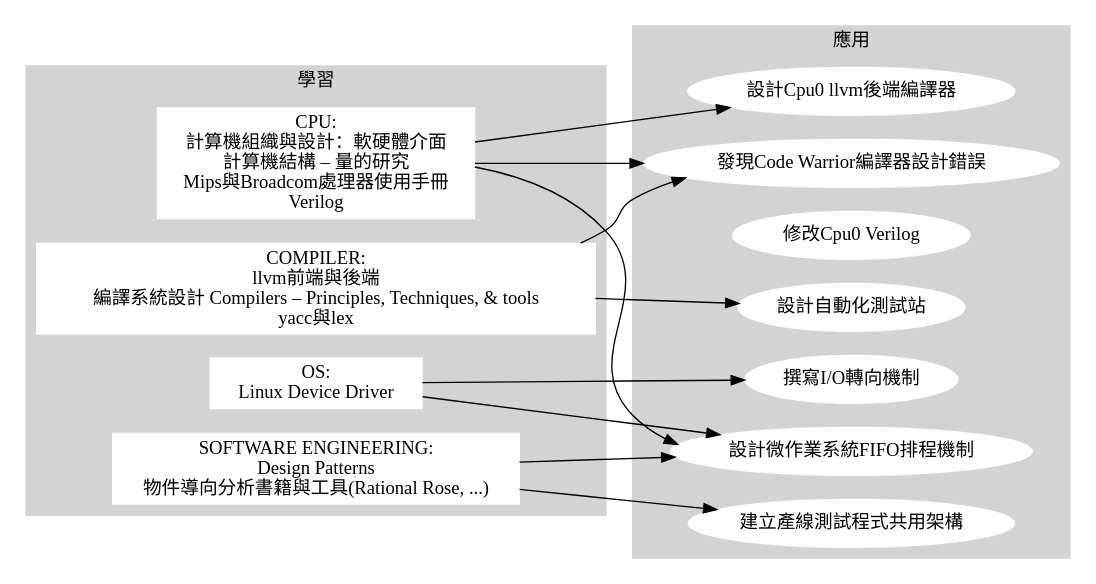
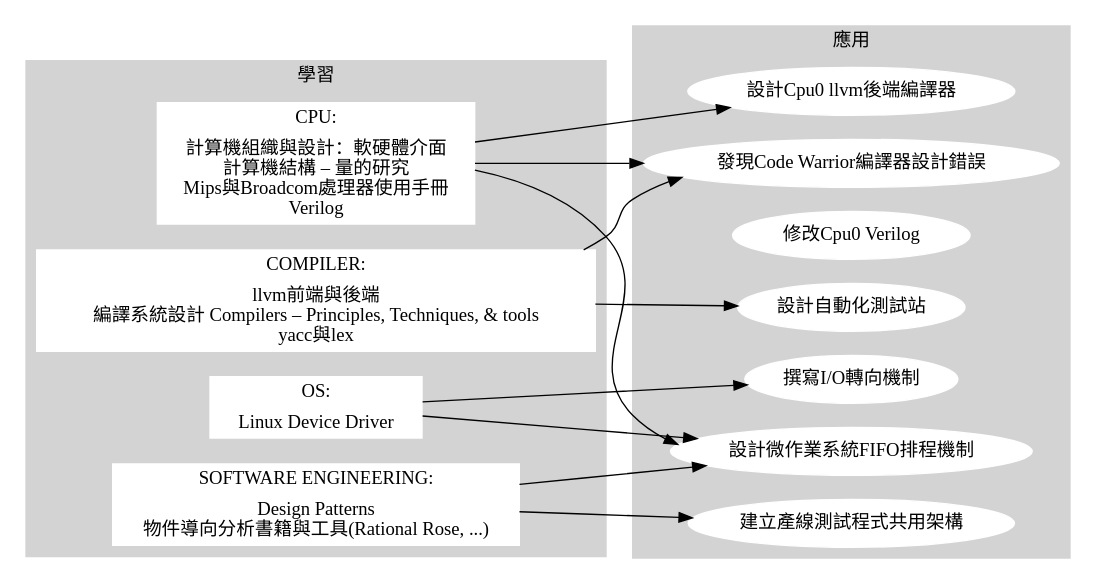
One commit to Jonathan2251/ws changed the diagram in images/study_and_apply_ch1.gv. Above: the diagram before and after it, drawn with Graphviz. The commit also changed 7 other files, not shown here.

```diff
--- a/images/study_and_apply_ch1.gv
+++ b/images/study_and_apply_ch1.gv
@@ -1,35 +1,37 @@
+// Free usage license, author: Chung-Shu Chen 陳鍾樞
+
 digraph G {
 
-	rankdir=LR;
-	subgraph cluster_0 {
-		style=filled;
-		label = "學習";
-		node [shape=box,style=filled,color=white]; CPU [label="CPU:\n計算機組織與設計：軟硬體介面\n計算機結構 – 量的研究\nMips與Broadcom處理器使用手冊\nVerilog"];
-		node [style=filled,color=white]; COMPILER [label="COMPILER:\nllvm前端與後端\n編譯系統設計 Compilers – Principles, Techniques, & tools \nyacc與lex"];
-		node [style=filled,color=white]; OS [label="OS:\nLinux Device Driver"]; 
-		node [style=filled,color=white]; "SOFTWARE ENGINEERING" [label="SOFTWARE ENGINEERING:\nDesign Patterns\n物件導向分析書籍與工具(Rational Rose, ...)"]; 
-		color=lightgrey;
-	}
-	subgraph cluster_1 {
-		style=filled;
-		color=lightgrey;
-		label = "應用";
-		node [style=filled,color=white]; codewarrior [label="發現Code Warrior編譯器設計錯誤"];
-		node [style=filled,color=white]; tinyos [label="設計微作業系統FIFO排程機制"];
-		node [style=filled,color=white]; verilog [label="修改Cpu0 Verilog"];
-		node [style=filled,color=white]; backend [label="設計Cpu0 llvm後端編譯器"];
-		node [style=filled,color=white]; teststation [label="設計自動化測試站"];
-		node [style=filled,color=white]; io [label="撰寫I/O轉向機制"];
-		node [style=filled,color=white]; bltc [label="建立產線測試程式共用架構"];
-	}
-    CPU -> codewarrior;
-    CPU -> tinyos;
-    CPU -> backend;
-    COMPILER -> codewarrior;
-    COMPILER -> teststation;
-    OS -> tinyos;
-    OS -> io;
-    "SOFTWARE ENGINEERING" -> tinyos;
-    "SOFTWARE ENGINEERING" -> bltc;
+  rankdir=LR;
+  subgraph cluster_0 {
+    style=filled;
+    label = "學習";
+    node [shape=record,style=filled,color=white]; CPU [label="CPU:|計算機組織與設計：軟硬體介面\n計算機結構 – 量的研究\nMips與Broadcom處理器使用手冊\nVerilog"];
+    node [style=filled,color=white]; COMPILER [label="COMPILER:|llvm前端與後端\n編譯系統設計 Compilers – Principles, Techniques, & tools \nyacc與lex"];
+    node [style=filled,color=white]; OS [label="OS:|Linux Device Driver"]; 
+    node [style=filled,color=white]; "SOFTWARE ENGINEERING" [label="SOFTWARE ENGINEERING:|Design Patterns\n物件導向分析書籍與工具(Rational Rose, ...)"]; 
+    color=lightgrey;
+  }
+  subgraph cluster_1 {
+    style=filled;
+    color=lightgrey;
+    label = "應用";
+    node [style=filled,color=white]; codewarrior [label="發現Code Warrior編譯器設計錯誤"];
+    node [style=filled,color=white]; tinyos [label="設計微作業系統FIFO排程機制"];
+    node [style=filled,color=white]; verilog [label="修改Cpu0 Verilog"];
+    node [style=filled,color=white]; backend [label="設計Cpu0 llvm後端編譯器"];
+    node [style=filled,color=white]; teststation [label="設計自動化測試站"];
+    node [style=filled,color=white]; io [label="撰寫I/O轉向機制"];
+    node [style=filled,color=white]; bltc [label="建立產線測試程式共用架構"];
+  }
+  CPU -> codewarrior;
+  CPU -> tinyos;
+  CPU -> backend;
+  COMPILER -> codewarrior;
+  COMPILER -> teststation;
+  OS -> tinyos;
+  OS -> io;
+  "SOFTWARE ENGINEERING" -> tinyos;
+  "SOFTWARE ENGINEERING" -> bltc;
 
 }
```
